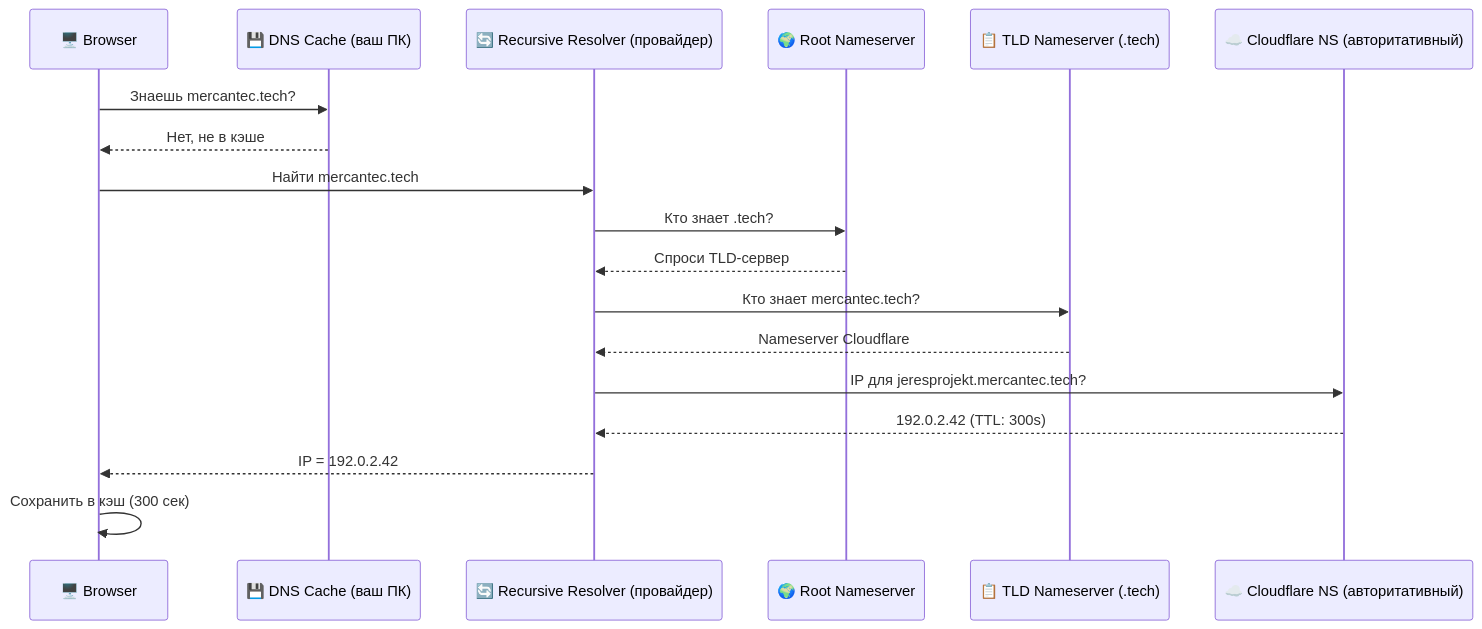
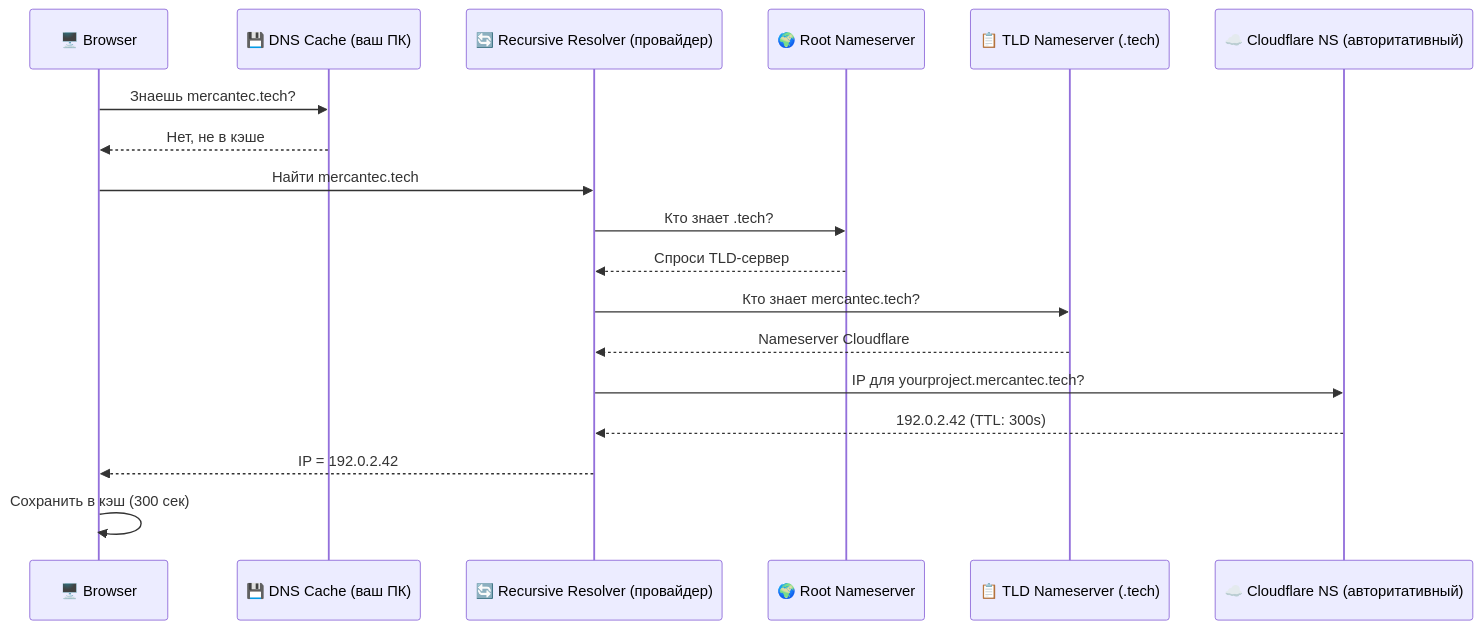
Before and after one commit to Mercantec-GHC/deploy-or-die-anbo0005: the third of 17 diagrams in docs/notes/day2-dns-firewall.md, drawn with Mermaid. The commit also changed other lines of this file and 8 other files, not shown here.

````diff
--- a/docs/notes/day2-dns-firewall.md
+++ b/docs/notes/day2-dns-firewall.md
@@ -217,20 +217,20 @@
 ```mermaid
 sequenceDiagram
     participant B as 🖥️ Browser
     participant C as 💾 DNS Cache (ваш ПК)
     participant R as 🔄 Recursive Resolver (провайдер)
     participant Ro as 🌍 Root Nameserver
     participant T as 📋 TLD Nameserver (.tech)
     participant CF as ☁️ Cloudflare NS (авторитативный)
     B->>C: Знаешь mercantec.tech?
     C-->>B: Нет, не в кэше
     B->>R: Найти mercantec.tech
     R->>Ro: Кто знает .tech?
     Ro-->>R: Спроси TLD-сервер
     R->>T: Кто знает mercantec.tech?
     T-->>R: Nameserver Cloudflare
-    R->>CF: IP для jeresprojekt.mercantec.tech?
+    R->>CF: IP для yourproject.mercantec.tech?
     CF-->>R: 192.0.2.42 (TTL: 300s)
     R-->>B: IP = 192.0.2.42
     B->>B: Сохранить в кэш (300 сек)
 ```
````
